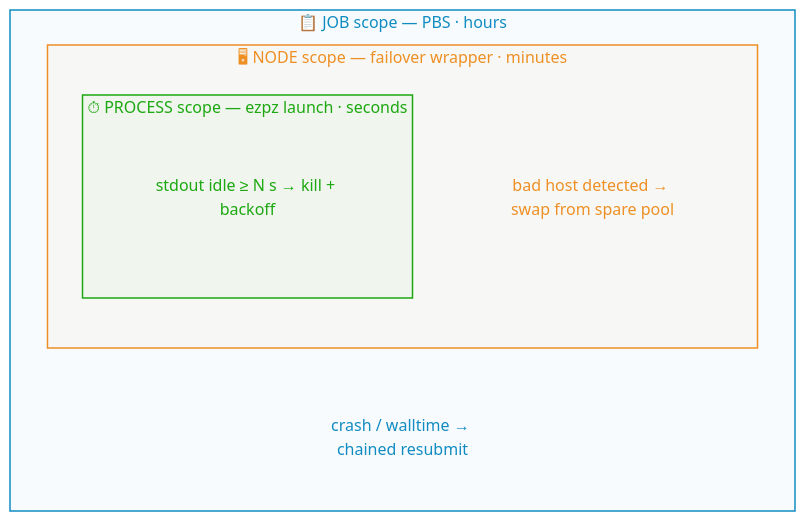
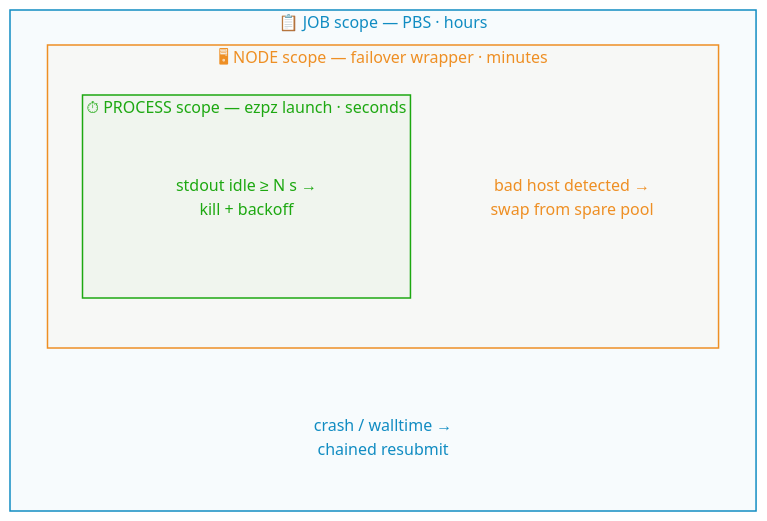
Before and after one commit to saforem2/sam.onl: the third of 5 diagrams in web/src/pages/talks/2026/06/03/index.mdx, drawn with Mermaid. The commit also changed 1 other file, not shown here.

Commit message:
fix(mermaid): skip hidden blocks in render + add line breaks to russian-doll labels
Interactivity broke because the dual desktop/mobile mermaid blocks
(.cascade-desktop hidden on mobile, .cascade-mobile hidden on desktop)
both fed into mermaid.run({ nodes }) — the hidden block measured
0×0 inside display:none, mermaid's layout pass produced a 0-height
SVG, and the resulting error (silently caught) aborted the
stabilizeMermaidSvgLayout → setupInteractiveViewport chain. Controls
never attached to the visible block.

Fix: filter to visible blocks (offsetParent !== null) before passing
to mermaid.run. Add a matchMedia listener on the 768px breakpoint
so the previously-hidden variant re-renders when the user crosses
the breakpoint (rotates phone / resizes window).

Also add <br/> after the → arrow in each russian-doll label
(crash / walltime → / chained resubmit etc.) so the action reads
as cause → effect instead of one long horizontal string.

````diff
--- a/web/src/pages/talks/2026/06/03/index.mdx
+++ b/web/src/pages/talks/2026/06/03/index.mdx
@@ -597,25 +597,25 @@
 ```mermaid
 flowchart TB
     subgraph job["📋 JOB scope — PBS · hours"]
-        JOB_TXT["crash / walltime → chained resubmit"]
+        JOB_TXT["crash / walltime →<br/>chained resubmit"]
         subgraph node["🖥 NODE scope — failover wrapper · minutes"]
-            NODE_TXT["bad host detected → swap from spare pool"]
+            NODE_TXT["bad host detected →<br/>swap from spare pool"]
             subgraph proc["⏱ PROCESS scope — ezpz launch · seconds"]
-                PROC_TXT["stdout idle ≥ N s → kill + backoff"]
+                PROC_TXT["stdout idle ≥ N s →<br/>kill + backoff"]
             end
         end
     end
 
     classDef jobC  fill:#118cc208,stroke:#118cc2,color:#118cc2,stroke-width:1.5px
     classDef nodeC fill:#ee8f2408,stroke:#ee8f24,color:#ee8f24,stroke-width:1.5px
     classDef procC fill:#1da81108,stroke:#1da811,color:#1da811,stroke-width:1.5px
     classDef jobTxt  fill:transparent,stroke:none,color:#118cc2
     classDef nodeTxt fill:transparent,stroke:none,color:#ee8f24
     classDef procTxt fill:transparent,stroke:none,color:#1da811
     class JOB_TXT jobTxt
     class NODE_TXT nodeTxt
     class PROC_TXT procTxt
     class job jobC
     class node nodeC
     class proc procC
 ```
````
